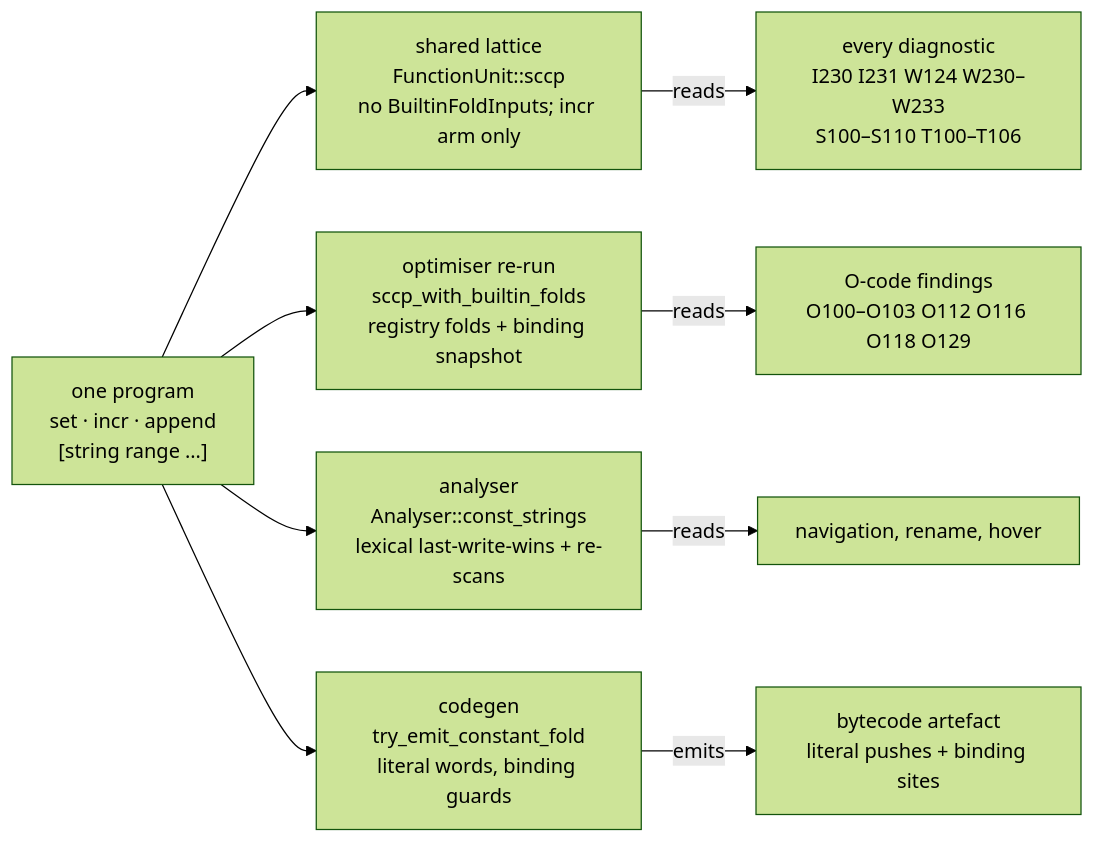
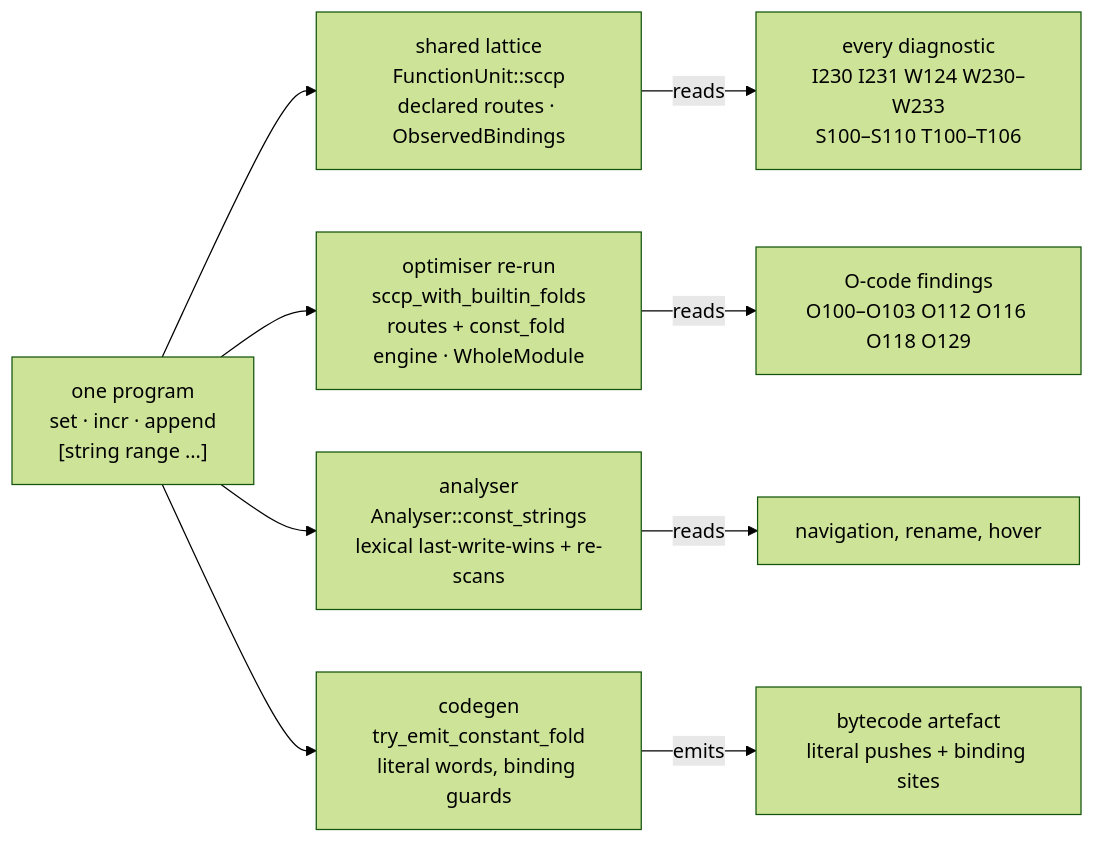
Before and after one commit to bitwisecook/tcl-lsp: the diagram in docs/design/compiler/value-transfers-migration.md, drawn with Mermaid (forest theme). The commit also changed other lines of this file and 3 other files, not shown here.

````diff
--- a/docs/design/compiler/value-transfers-migration.md
+++ b/docs/design/compiler/value-transfers-migration.md
@@ -77,12 +68,12 @@
 ```mermaid
 flowchart LR
     P["one program<br/>set · incr · append<br/>[string range …]"]
-    P --> L["shared lattice<br/>FunctionUnit::sccp<br/>no BuiltinFoldInputs; incr arm only"]
-    P --> O["optimiser re-run<br/>sccp_with_builtin_folds<br/>registry folds + binding snapshot"]
+    P --> L["shared lattice<br/>FunctionUnit::sccp<br/>declared routes · ObservedBindings"]
+    P --> O["optimiser re-run<br/>sccp_with_builtin_folds<br/>routes + const_fold engine · WholeModule"]
     P --> A["analyser<br/>Analyser::const_strings<br/>lexical last-write-wins + re-scans"]
     P --> C["codegen<br/>try_emit_constant_fold<br/>literal words, binding guards"]
     L -->|reads| D["every diagnostic<br/>I230 I231 W124 W230–W233<br/>S100–S110 T100–T106"]
     O -->|reads| F["O-code findings<br/>O100–O103 O112 O116 O118 O129"]
     A -->|reads| N["navigation, rename, hover"]
     C -->|emits| B["bytecode artefact<br/>literal pushes + binding sites"]
 ```
````
